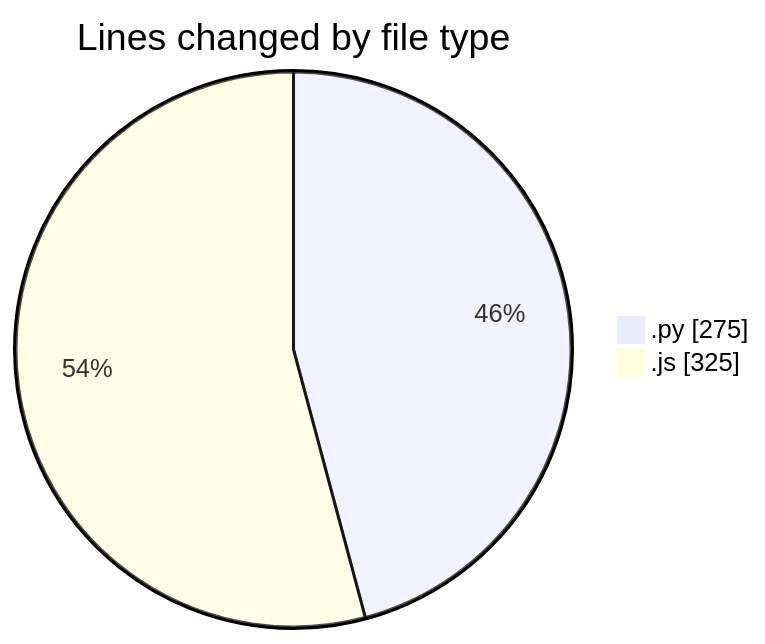
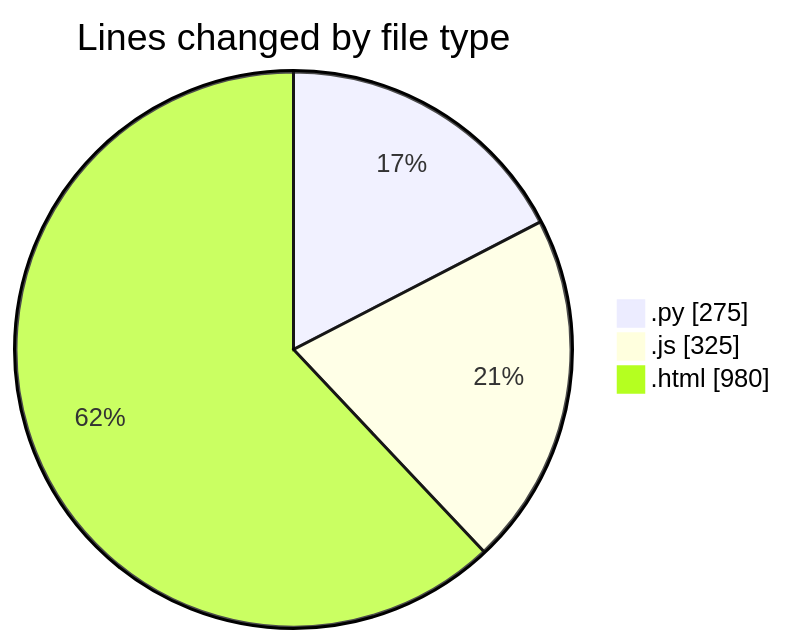
One commit to shibass792/code-tracking changed the first of 2 diagrams in 2026-07-09/twenty_versions_aminor/README.md. Above: the diagram before and after it, drawn with Mermaid. The commit also changed other lines of this file and 1 other file, not shown here.

````diff
--- a/2026-07-09/twenty_versions_aminor/README.md
+++ b/2026-07-09/twenty_versions_aminor/README.md
@@ -21,6 +22,7 @@
 ```mermaid
 pie showData
 title Lines changed by file type
 ".py" : 275
 ".js" : 325
+".html" : 980
 ```
````
